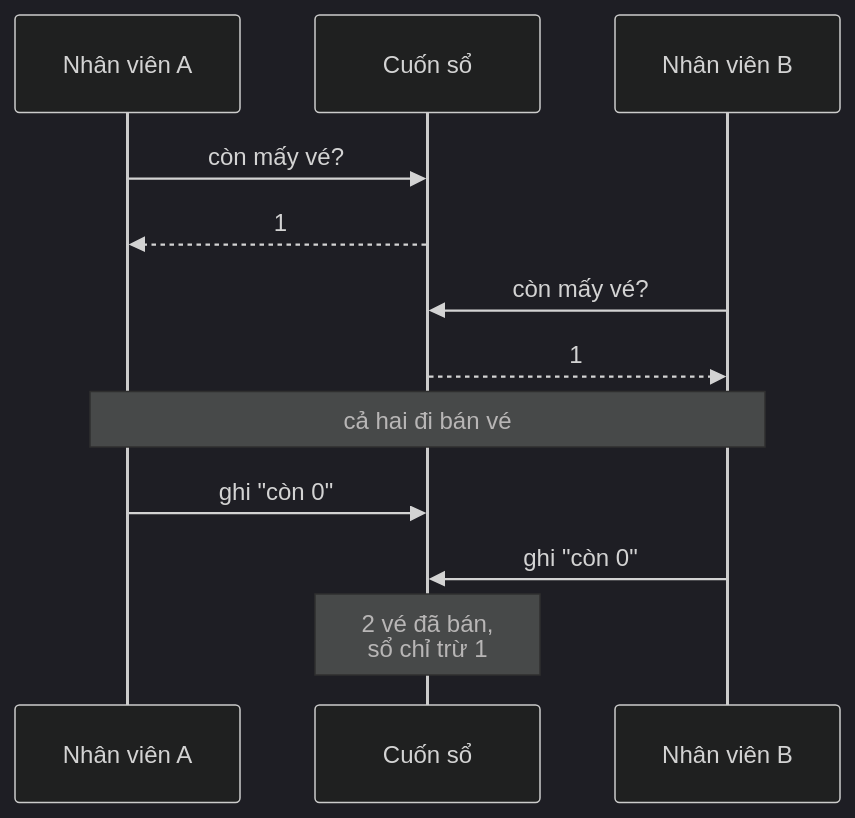
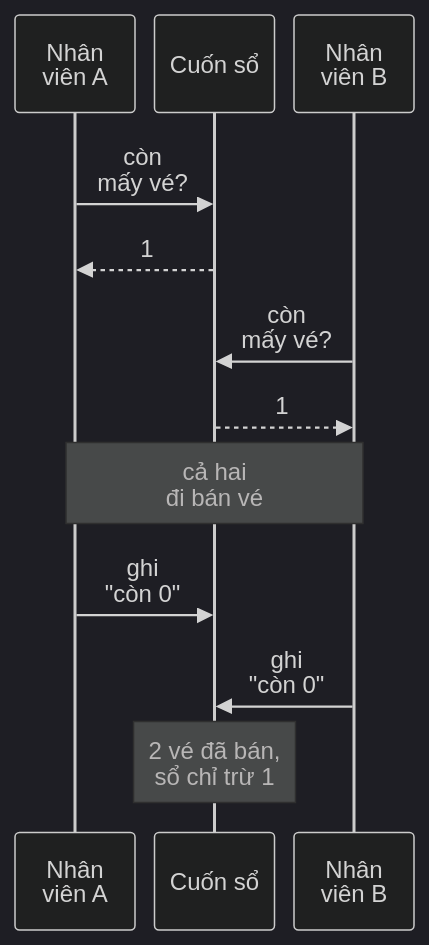
Before and after one commit to duongbui234/software-engineering-atlas: the diagram in content/posts/2026-11-22-transactions-race.md, drawn with Mermaid (dark theme). The commit also changed 134 other files, not shown here.

First line of the commit message:
Fit every Mermaid diagram at 390px without sideways scroll (#56)

````diff
--- a/content/posts/2026-11-22-transactions-race.md
+++ b/content/posts/2026-11-22-transactions-race.md
@@ -44,14 +44,15 @@
 ```mermaid
+%%{init: {"sequence": {"width": 80, "actorMargin": 12}}}%%
 sequenceDiagram
-    participant A as Nhân viên A
+    participant A as Nhân<br/>viên A
     participant S as Cuốn sổ
-    participant B as Nhân viên B
-    A->>S: còn mấy vé?
+    participant B as Nhân<br/>viên B
+    A->>S: còn<br/>mấy vé?
     S-->>A: 1
-    B->>S: còn mấy vé?
+    B->>S: còn<br/>mấy vé?
     S-->>B: 1
-    Note over A,B: cả hai đi bán vé
-    A->>S: ghi "còn 0"
-    B->>S: ghi "còn 0"
+    Note over A,B: cả hai<br/>đi bán vé
+    A->>S: ghi<br/>"còn 0"
+    B->>S: ghi<br/>"còn 0"
     Note over S: 2 vé đã bán,<br/>sổ chỉ trừ 1
 ```
````
